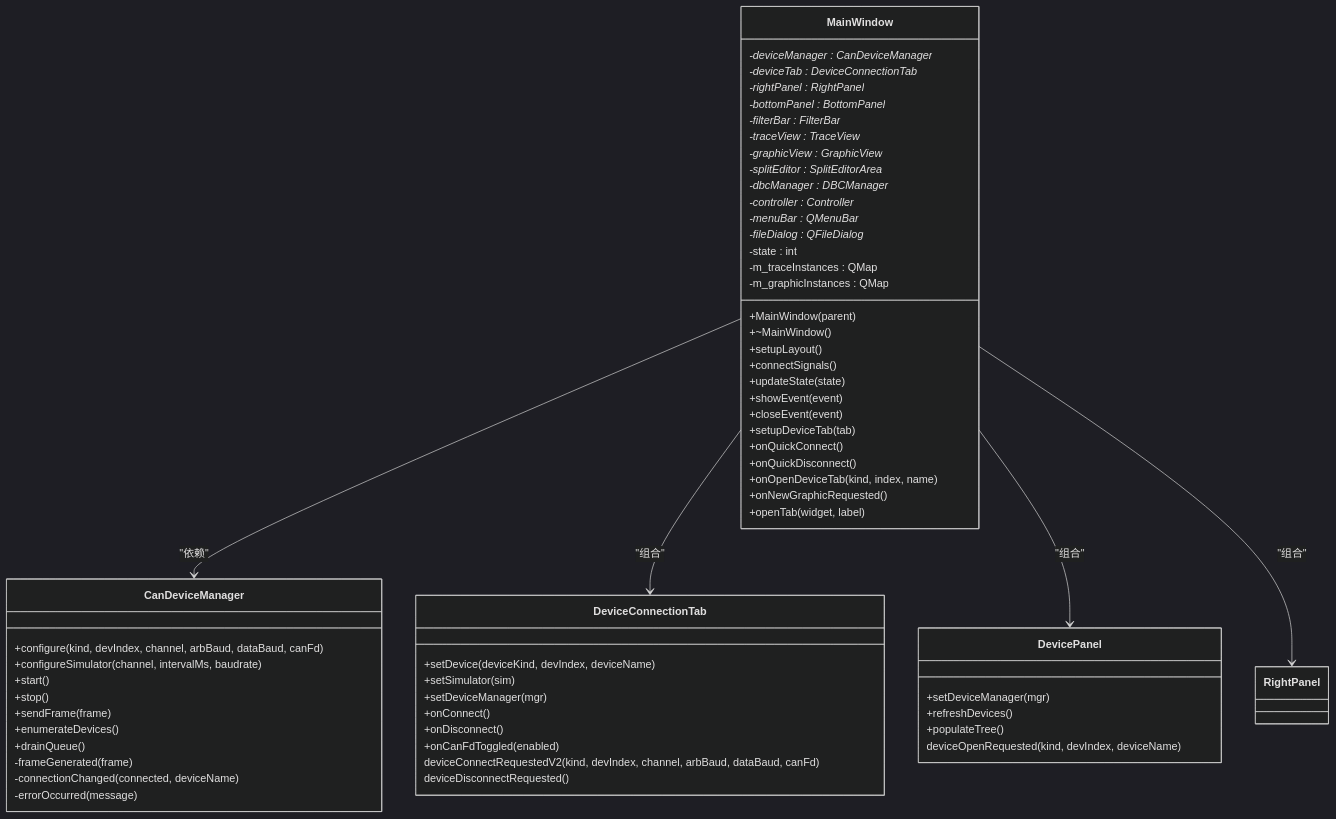
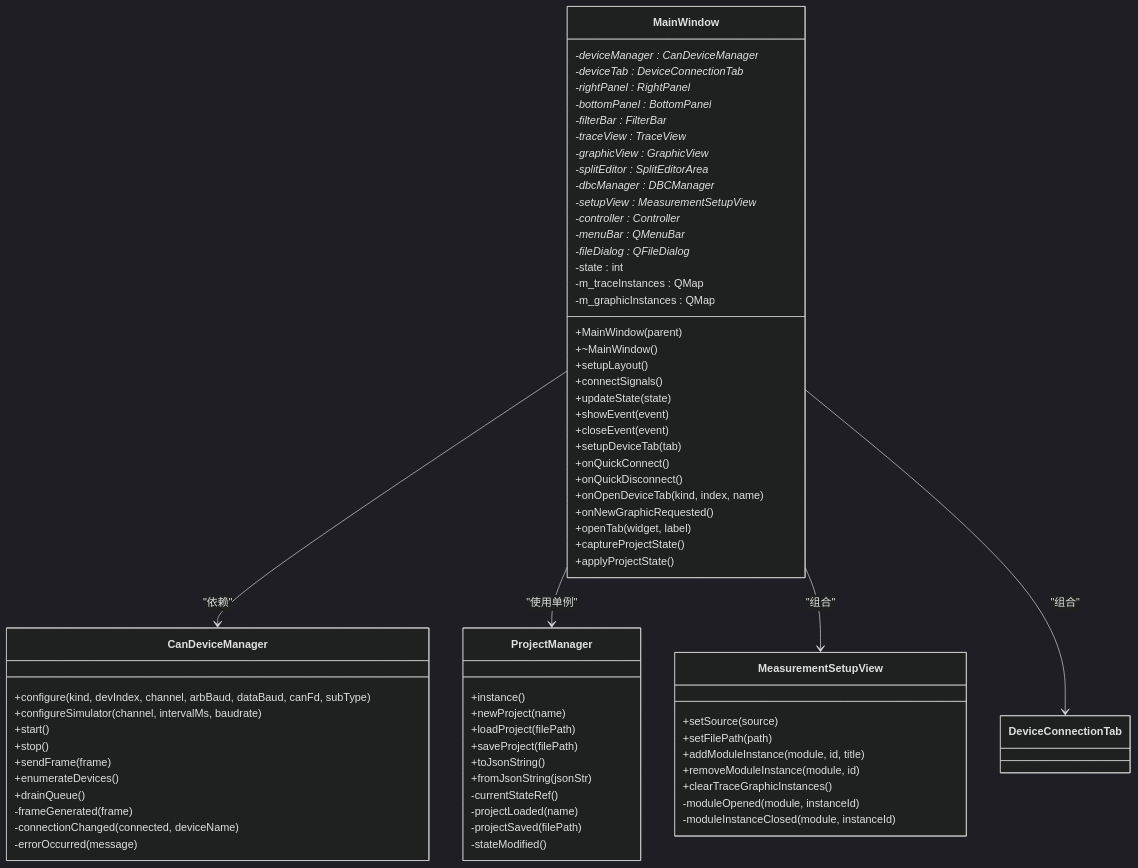
Before and after one commit to jakecai1225-design/OpenBus: the third of 10 diagrams in .qoder/repowiki/zh/content/核心模块详解/主窗口组件.md, drawn with Mermaid (dark theme). The commit also changed other lines of this file and 109 other files, not shown here.

````diff
--- a/.qoder/repowiki/zh/content/核心模块详解/主窗口组件.md
+++ b/.qoder/repowiki/zh/content/核心模块详解/主窗口组件.md
@@ -194,65 +208,73 @@
 ```mermaid
 classDiagram
 class MainWindow {
 +MainWindow(parent)
 +~MainWindow()
 +setupLayout()
 +connectSignals()
 +updateState(state)
 +showEvent(event)
 +closeEvent(event)
 +setupDeviceTab(tab)
 +onQuickConnect()
 +onQuickDisconnect()
 +onOpenDeviceTab(kind, index, name)
 +onNewGraphicRequested()
 +openTab(widget, label)
++captureProjectState()
++applyProjectState()
 -deviceManager : CanDeviceManager*
 -deviceTab : DeviceConnectionTab*
 -rightPanel : RightPanel*
 -bottomPanel : BottomPanel*
 -filterBar : FilterBar*
 -traceView : TraceView*
 -graphicView : GraphicView*
 -splitEditor : SplitEditorArea*
 -dbcManager : DBCManager*
+-setupView : MeasurementSetupView*
 -controller : Controller*
 -menuBar : QMenuBar*
 -fileDialog : QFileDialog*
 -state : int
 -m_traceInstances : QMap<QString, QWidget*>
 -m_graphicInstances : QMap<QString, QWidget*>
 }
 class CanDeviceManager {
-+configure(kind, devIndex, channel, arbBaud, dataBaud, canFd)
++configure(kind, devIndex, channel, arbBaud, dataBaud, canFd, subType)
 +configureSimulator(channel, intervalMs, baudrate)
 +start()
 +stop()
 +sendFrame(frame)
 +enumerateDevices()
 +drainQueue()
 -frameGenerated(frame)
 -connectionChanged(connected, deviceName)
 -errorOccurred(message)
 }
-class DeviceConnectionTab {
-+setDevice(deviceKind, devIndex, deviceName)
-+setSimulator(sim)
-+setDeviceManager(mgr)
-+onConnect()
-+onDisconnect()
-+onCanFdToggled(enabled)
-deviceConnectRequestedV2(kind, devIndex, channel, arbBaud, dataBaud, canFd)
-deviceDisconnectRequested()
+class ProjectManager {
++instance()
++newProject(name)
++loadProject(filePath)
++saveProject(filePath)
++toJsonString()
++fromJsonString(jsonStr)
+-currentStateRef()
+-projectLoaded(name)
+-projectSaved(filePath)
+-stateModified()
 }
-class DevicePanel {
-+setDeviceManager(mgr)
-+refreshDevices()
-+populateTree()
-deviceOpenRequested(kind, devIndex, deviceName)
+class MeasurementSetupView {
++setSource(source)
++setFilePath(path)
++addModuleInstance(module, id, title)
++removeModuleInstance(module, id)
++clearTraceGraphicInstances()
+-moduleOpened(module, instanceId)
+-moduleInstanceClosed(module, instanceId)
 }
 MainWindow --> CanDeviceManager : "依赖"
+MainWindow --> ProjectManager : "使用单例"
+MainWindow --> MeasurementSetupView : "组合"
 MainWindow --> DeviceConnectionTab : "组合"
-MainWindow --> DevicePanel : "组合"
-MainWindow --> RightPanel : "组合"
 ```
````
